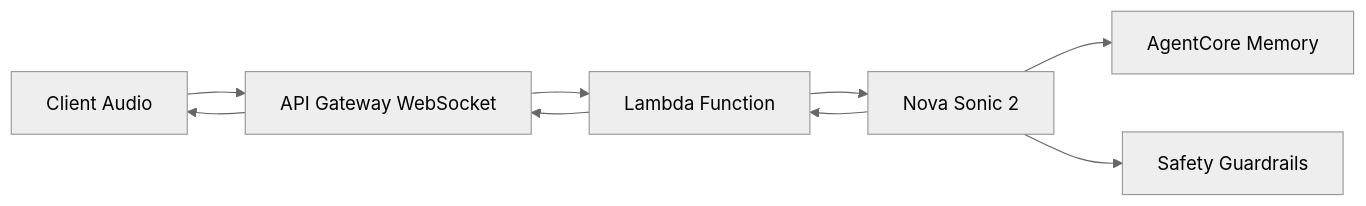
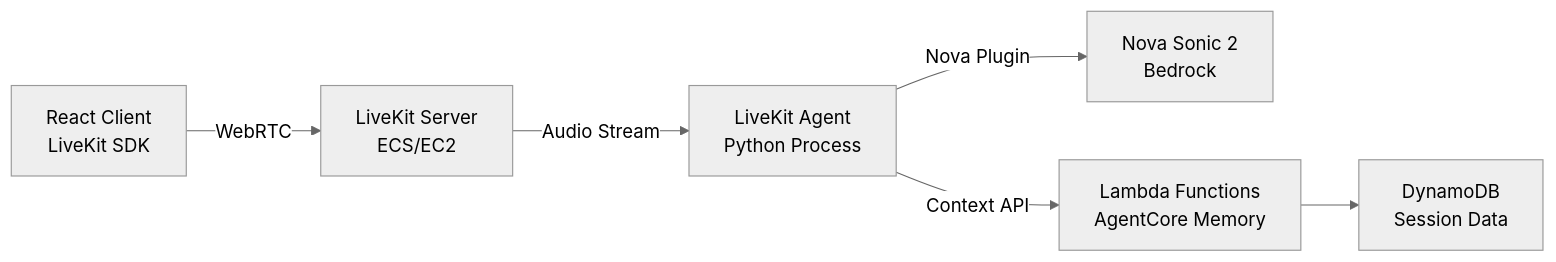
The second of 2 diagrams in .kiro/specs/ai-therapy-platform/design.md (work2fly/AWS-hackathon-man07), drawn with Mermaid (neutral theme) before and after one commit. The commit also changed other lines of this file and 86 other files, not shown here.

````diff
--- a/.kiro/specs/ai-therapy-platform/design.md
+++ b/.kiro/specs/ai-therapy-platform/design.md
@@ -104,11 +94,8 @@
 ```mermaid
 graph LR
-    CLIENT[Client Audio] --> APIGW[API Gateway WebSocket]
-    APIGW --> LAMBDA[Lambda Function]
-    LAMBDA --> NOVA2[Nova Sonic 2]
-    NOVA2 --> AGENTCORE[AgentCore Memory]
-    NOVA2 --> GUARDRAILS[Safety Guardrails]
-    NOVA2 --> LAMBDA
-    LAMBDA --> APIGW
-    APIGW --> CLIENT
+    CLIENT[React Client<br/>LiveKit SDK] -->|WebRTC| SERVER[LiveKit Server<br/>ECS/EC2]
+    SERVER -->|Audio Stream| AGENT[LiveKit Agent<br/>Python Process]
+    AGENT -->|Nova Plugin| NOVA[Nova Sonic 2<br/>Bedrock]
+    AGENT -->|Context API| BACKEND[Lambda Functions<br/>AgentCore Memory]
+    BACKEND --> DYNAMO[DynamoDB<br/>Session Data]
 ```
````
